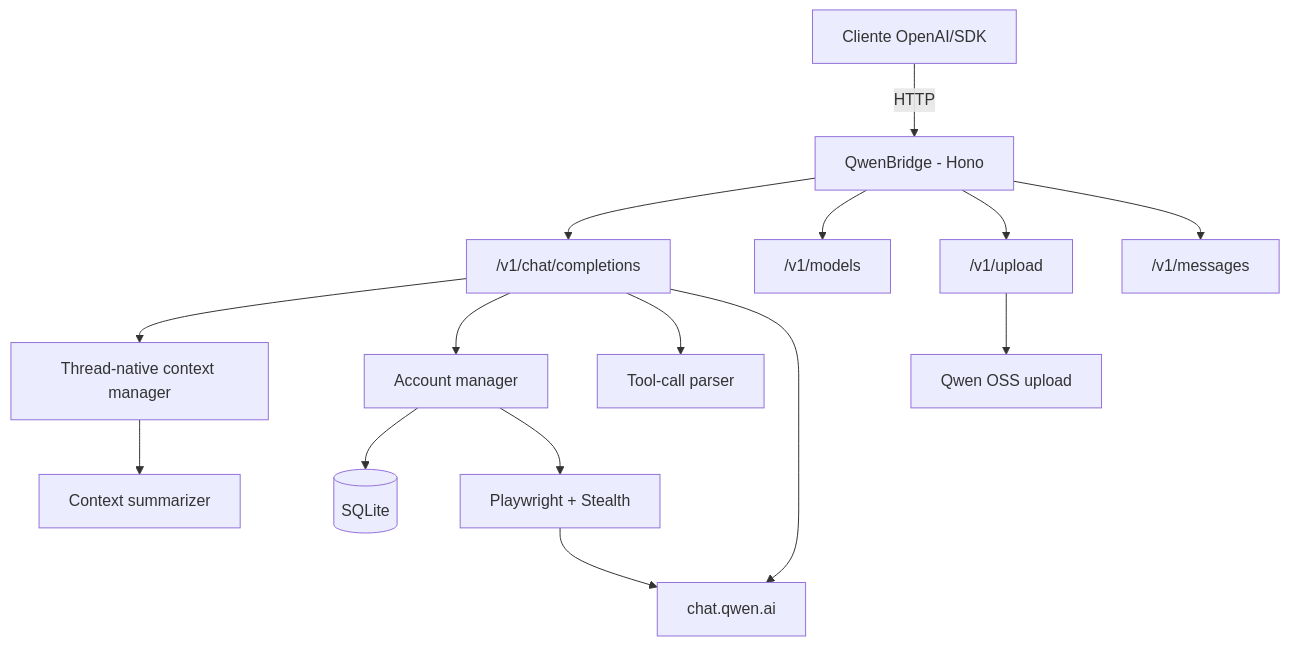
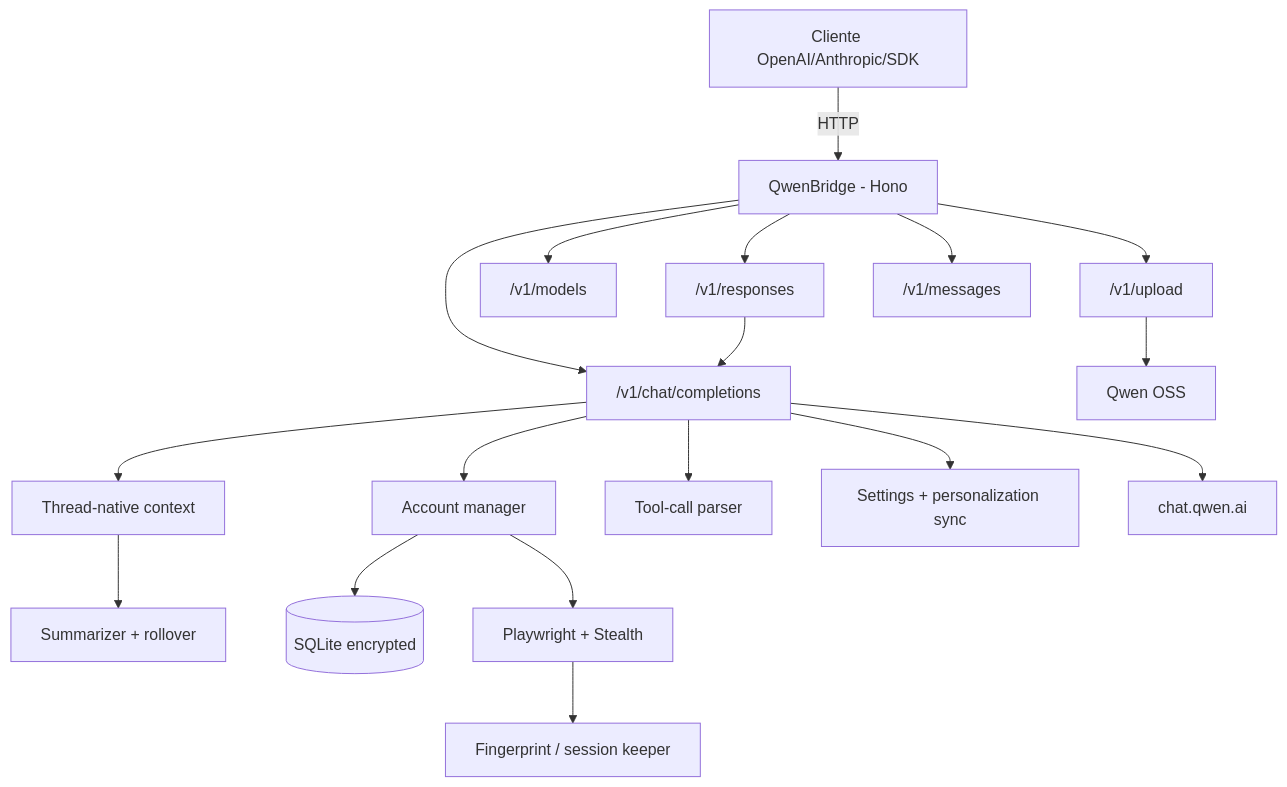
Before and after one commit to johngbl/qwenproxy: the diagram in README.md, drawn with Mermaid. The commit also changed other lines of this file and 27 other files, not shown here.

First line of the commit message:
feat: harden RAM, OSS upload, auth and model aliases

````diff
--- a/README.md
+++ b/README.md
@@ -34,17 +32,20 @@
 ```mermaid
 flowchart TD
-    Client["Cliente OpenAI/SDK"] -->|HTTP| Proxy["QwenBridge - Hono"]
+    Client["Cliente OpenAI/Anthropic/SDK"] -->|HTTP| Proxy["QwenBridge - Hono"]
     Proxy --> Chat["/v1/chat/completions"]
+    Proxy --> Responses["/v1/responses"]
     Proxy --> Models["/v1/models"]
     Proxy --> Upload["/v1/upload"]
     Proxy --> Anthropic["/v1/messages"]
-    Chat --> Context["Thread-native context manager"]
-    Context --> Summary["Context summarizer"]
+    Chat --> Context["Thread-native context"]
+    Responses --> Chat
+    Context --> Summary["Summarizer + rollover"]
     Chat --> Accounts["Account manager"]
-    Accounts --> DB[("SQLite")]
+    Accounts --> DB[("SQLite encrypted")]
     Accounts --> Playwright["Playwright + Stealth"]
-    Playwright --> Qwen
+    Playwright --> Fingerprint["Fingerprint / session keeper"]
     Chat --> Parser["Tool-call parser"]
+    Chat --> Personalization["Settings + personalization sync"]
     Chat --> Qwen["chat.qwen.ai"]
-    Upload --> OSS["Qwen OSS upload"]
+    Upload --> OSS["Qwen OSS"]
 ```
````
